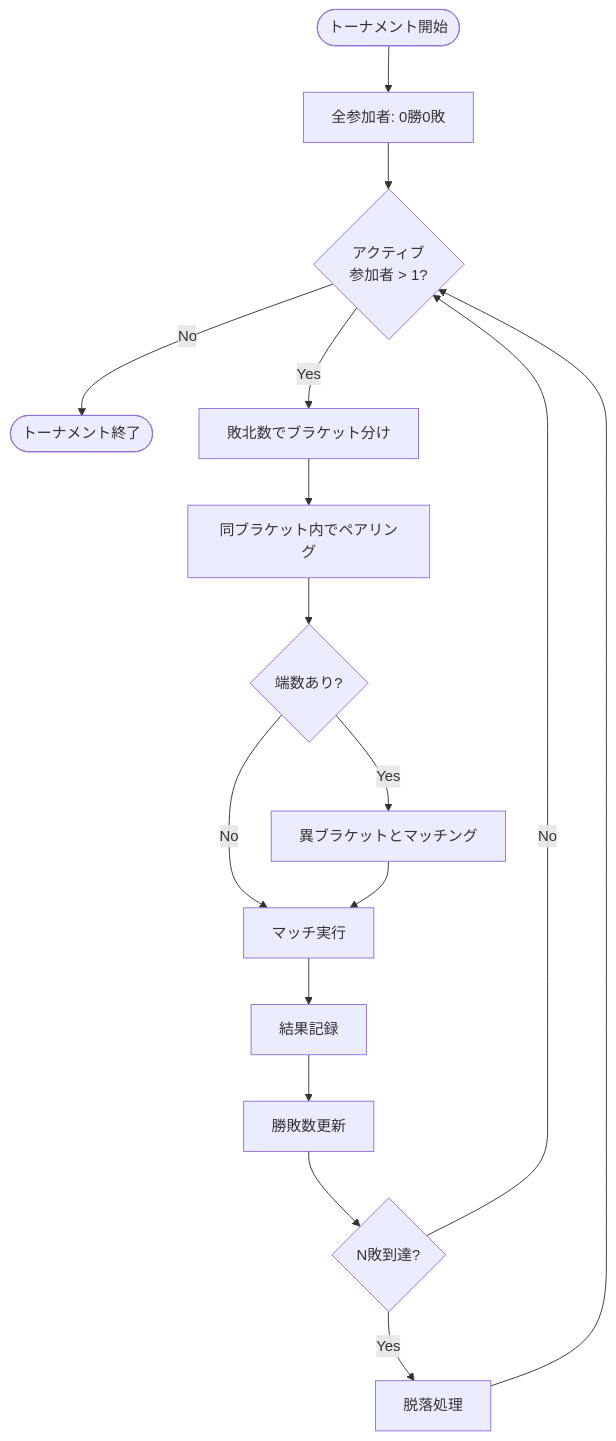
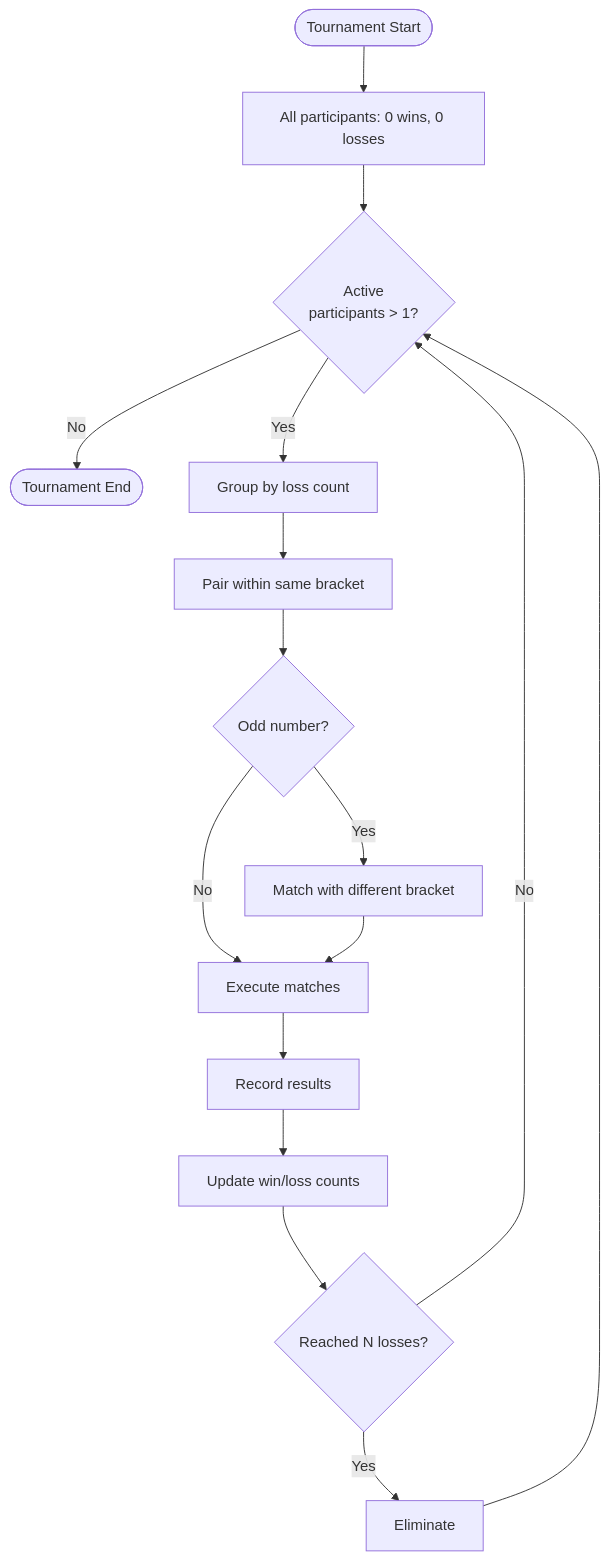
Before and after one commit to TomokiIshimine/llm-qualitative-sort: the first of 7 diagrams in docs/tournament.md, drawn with Mermaid. The commit also changed other lines of this file and 7 other files, not shown here.

````diff
--- a/docs/tournament.md
+++ b/docs/tournament.md
@@ -17,24 +19,24 @@
 ```mermaid
 flowchart TD
-    Start([トーナメント開始]) --> Init[全参加者: 0勝0敗]
-    Init --> Check{アクティブ<br/>参加者 > 1?}
+    Start([Tournament Start]) --> Init[All participants: 0 wins, 0 losses]
+    Init --> Check{Active<br/>participants > 1?}
 
-    Check -->|No| End([トーナメント終了])
-    Check -->|Yes| Bracket[敗北数でブラケット分け]
+    Check -->|No| End([Tournament End])
+    Check -->|Yes| Bracket[Group by loss count]
 
-    Bracket --> Pair[同ブラケット内でペアリング]
-    Pair --> Odd{端数あり?}
+    Bracket --> Pair[Pair within same bracket]
+    Pair --> Odd{Odd number?}
 
-    Odd -->|Yes| Cross[異ブラケットとマッチング]
-    Odd -->|No| Match[マッチ実行]
+    Odd -->|Yes| Cross[Match with different bracket]
+    Odd -->|No| Match[Execute matches]
 
     Cross --> Match
-    Match --> Record[結果記録]
-    Record --> Update[勝敗数更新]
-    Update --> Eliminate{N敗到達?}
+    Match --> Record[Record results]
+    Record --> Update[Update win/loss counts]
+    Update --> Eliminate{Reached N losses?}
 
-    Eliminate -->|Yes| Remove[脱落処理]
+    Eliminate -->|Yes| Remove[Eliminate]
     Eliminate -->|No| Check
 
     Remove --> Check
 ```
````
